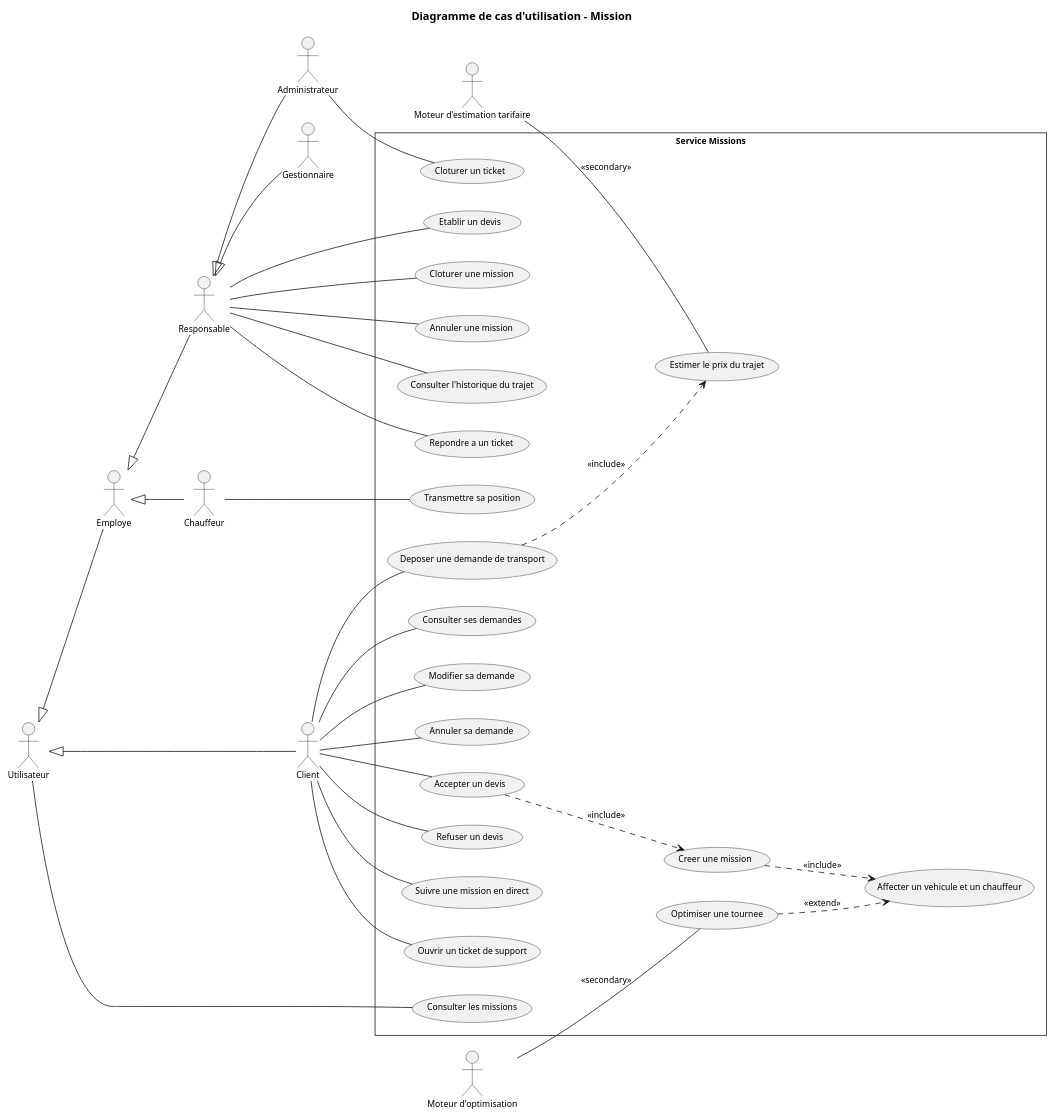
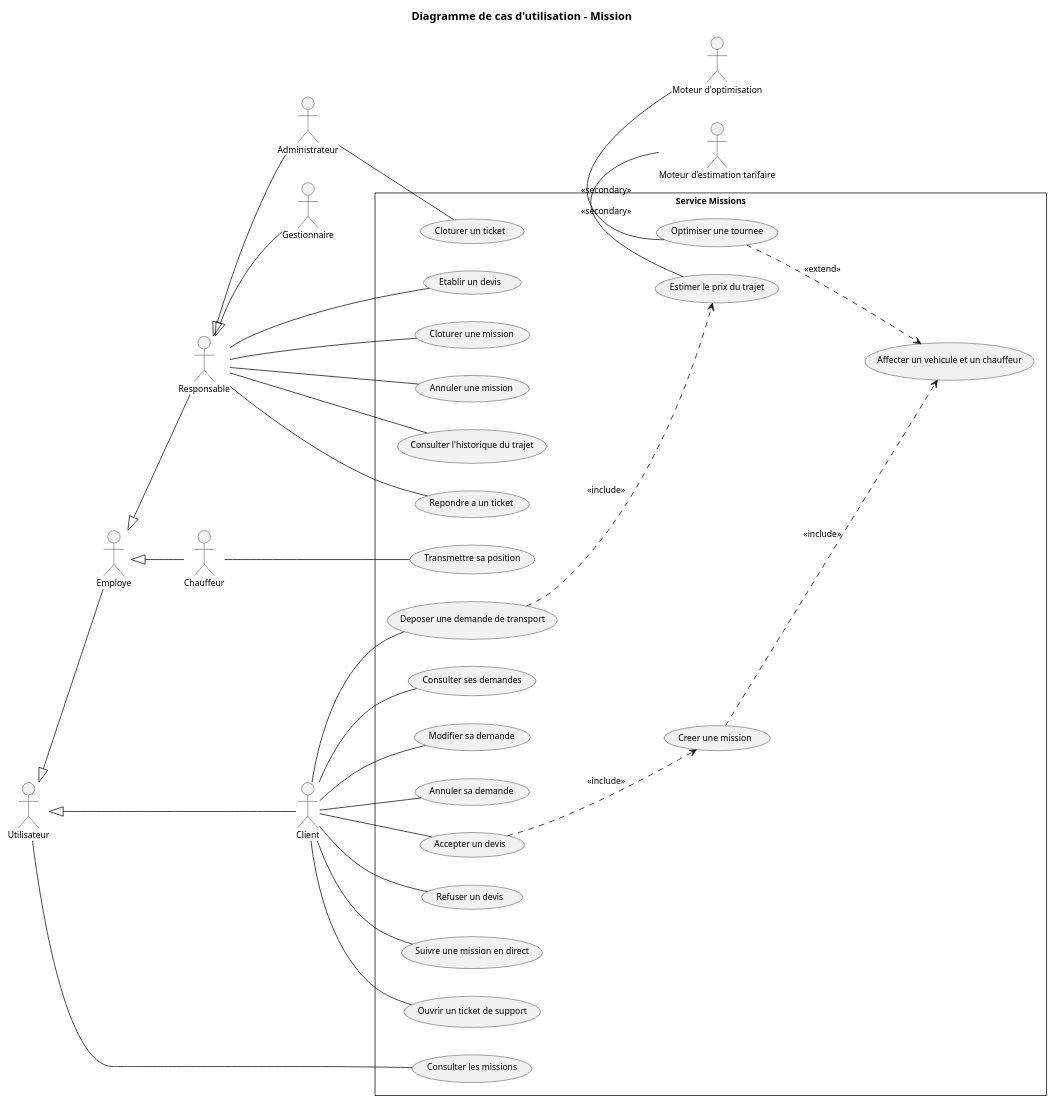
Before and after one commit to saber-barhoumi/Xpark-gmao: the diagram in docs/diagrams/microservices/Mission/Mission-usecase.puml, drawn with PlantUML. The commit also changed 6 other files, not shown here.

```diff
--- a/docs/diagrams/microservices/Mission/Mission-usecase.puml
+++ b/docs/diagrams/microservices/Mission/Mission-usecase.puml
@@ -1,84 +1,84 @@
 @startuml
 skinparam style strictuml
 skinparam packageStyle rectangle
 skinparam shadowing false
 skinparam defaultFontName Verdana
 skinparam defaultFontSize 11
 skinparam backgroundColor #FFFFFF
 left to right direction
 
 title Diagramme de cas d'utilisation - Mission
 
 ' Acteurs principaux, empiles a gauche du plus general au plus specialise
 actor "Utilisateur" as Utilisateur
 actor "Employe" as Employe
 actor "Responsable" as Responsable
 actor "Administrateur" as Administrateur
 actor "Gestionnaire" as Gestionnaire
 actor "Chauffeur" as Chauffeur
 actor "Client" as Client
 
 ' Generalisation : triangle creux, de l'enfant vers le parent
 Employe -up-|> Utilisateur
 Client -up-|> Utilisateur
 Administrateur -up-|> Responsable
 Gestionnaire -up-|> Responsable
 Responsable -up-|> Employe
 Chauffeur -up-|> Employe
 
 rectangle "Service Missions" {
   usecase "Consulter les missions" as UC_Consulter_les_missions
   usecase "Etablir un devis" as UC_Etablir_un_devis
   usecase "Creer une mission" as UC_Creer_une_mission
   usecase "Affecter un vehicule et un chauffeur" as UC_Affecter_un_vehicule_et_un_chauffe
   usecase "Cloturer une mission" as UC_Cloturer_une_mission
   usecase "Annuler une mission" as UC_Annuler_une_mission
   usecase "Optimiser une tournee" as UC_Optimiser_une_tournee
   usecase "Consulter l'historique du trajet" as UC_Consulter_l_historique_du_trajet
   usecase "Repondre a un ticket" as UC_Repondre_a_un_ticket
   usecase "Cloturer un ticket" as UC_Cloturer_un_ticket
   usecase "Transmettre sa position" as UC_Transmettre_sa_position
   usecase "Deposer une demande de transport" as UC_Deposer_une_demande_de_transport
   usecase "Estimer le prix du trajet" as UC_Estimer_le_prix_du_trajet
   usecase "Consulter ses demandes" as UC_Consulter_ses_demandes
   usecase "Modifier sa demande" as UC_Modifier_sa_demande
   usecase "Annuler sa demande" as UC_Annuler_sa_demande
   usecase "Accepter un devis" as UC_Accepter_un_devis
   usecase "Refuser un devis" as UC_Refuser_un_devis
   usecase "Suivre une mission en direct" as UC_Suivre_une_mission_en_direct
   usecase "Ouvrir un ticket de support" as UC_Ouvrir_un_ticket_de_support
 }
 
 ' Acteurs secondaires, a droite, hors de la frontiere
 actor "Moteur d'estimation tarifaire" as Estimateur
 actor "Moteur d'optimisation" as Optimiseur
 
 ' Associations : trait continu sans fleche (relation d'association)
 Utilisateur -- UC_Consulter_les_missions
 Responsable -- UC_Etablir_un_devis
 Responsable -- UC_Cloturer_une_mission
 Responsable -- UC_Annuler_une_mission
 Responsable -- UC_Consulter_l_historique_du_trajet
 Responsable -- UC_Repondre_a_un_ticket
 Administrateur -- UC_Cloturer_un_ticket
 Chauffeur -- UC_Transmettre_sa_position
 Client -- UC_Deposer_une_demande_de_transport
 Client -- UC_Consulter_ses_demandes
 Client -- UC_Modifier_sa_demande
 Client -- UC_Annuler_sa_demande
 Client -- UC_Accepter_un_devis
 Client -- UC_Refuser_un_devis
 Client -- UC_Suivre_une_mission_en_direct
 Client -- UC_Ouvrir_un_ticket_de_support
 
-Estimateur -- UC_Estimer_le_prix_du_trajet : << secondary >>
-Optimiseur -- UC_Optimiser_une_tournee : << secondary >>
+UC_Estimer_le_prix_du_trajet -right- Estimateur : << secondary >>
+UC_Optimiser_une_tournee -right- Optimiseur : << secondary >>
 
 ' << include >> : du cas de base vers le cas obligatoire
 UC_Deposer_une_demande_de_transport ..> UC_Estimer_le_prix_du_trajet : << include >>
 UC_Accepter_un_devis ..> UC_Creer_une_mission : << include >>
 UC_Creer_une_mission ..> UC_Affecter_un_vehicule_et_un_chauffe : << include >>
 ' << extend >> : du cas optionnel vers le cas de base
 UC_Optimiser_une_tournee ..> UC_Affecter_un_vehicule_et_un_chauffe : << extend >>
 
 @enduml
```
